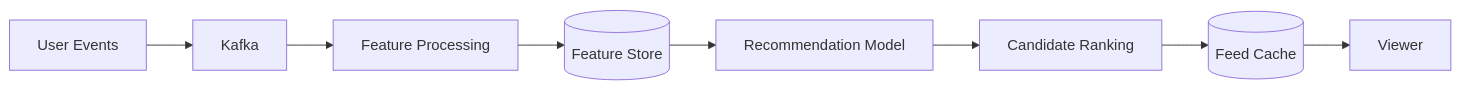
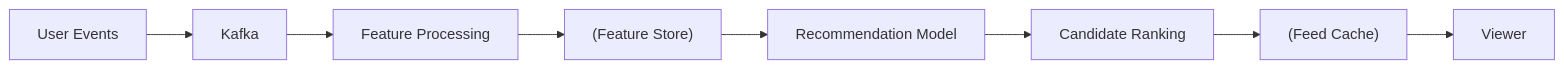
Before and after one commit to pankajThakur1874/studysheet: the ninth of 10 diagrams in files/System-Design-Questions/17-video_streaming_system_design.md, drawn with Mermaid. The commit also changed other lines of this file and 102 other files, not shown here.

Commit message:
Auto-fix Mermaid diagram syntax across all study guides to prevent Syntax Error in Mermaid v10

````diff
--- a/files/System-Design-Questions/17-video_streaming_system_design.md
+++ b/files/System-Design-Questions/17-video_streaming_system_design.md
@@ -741,10 +741,10 @@
 ```mermaid
 flowchart LR
     U[User Events] --> K[Kafka]
     K --> F[Feature Processing]
-    F --> FS[(Feature Store)]
+    F --> FS["(Feature Store)"]
     FS --> R[Recommendation Model]
     R --> C[Candidate Ranking]
-    C --> FC[(Feed Cache)]
+    C --> FC["(Feed Cache)"]
     FC --> User[Viewer]
 ```
````
